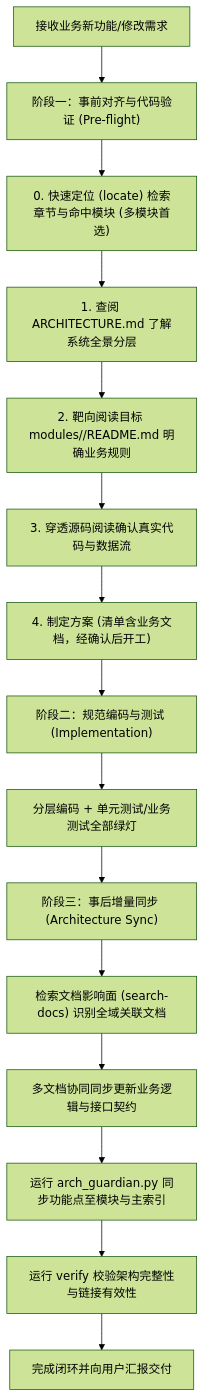
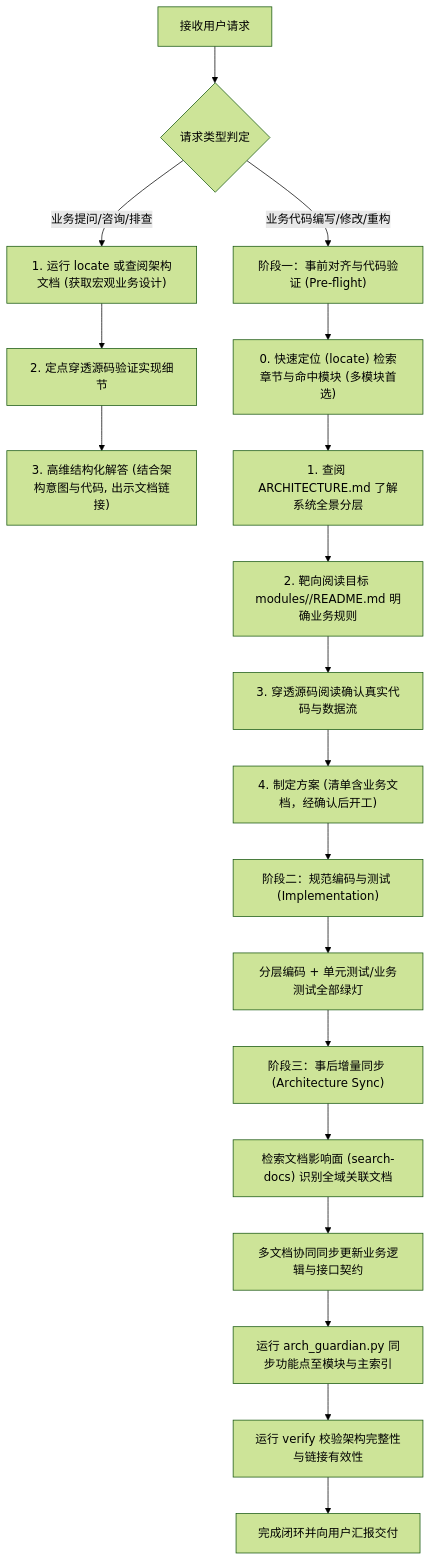
The diagram in skills/architecture-guardian/SKILL.md (weilimao/systemArchitectureSkill), drawn with Mermaid (forest theme) before and after one commit. The commit also changed other lines of this file and 3 other files, not shown here.

````diff
--- a/skills/architecture-guardian/SKILL.md
+++ b/skills/architecture-guardian/SKILL.md
@@ -31,17 +38,23 @@
 ```mermaid
 flowchart TD
-    Req["接收业务新功能/修改需求"] --> Phase1["阶段一：事前对齐与代码验证 (Pre-flight)"]
+    Req["接收用户请求"] --> Decision{"请求类型判定"}
+    
+    Decision -->|"业务提问/咨询/排查"| Inq1["1. 运行 locate 或查阅架构文档 (获取宏观业务设计)"]
+    Inq1 --> Inq2["2. 定点穿透源码验证实现细节"]
+    Inq2 --> Inq3["3. 高维结构化解答 (结合架构意图与代码, 出示文档链接)"]
+    
+    Decision -->|"业务代码编写/修改/重构"| Phase1["阶段一：事前对齐与代码验证 (Pre-flight)"]
     Phase1 --> Locate["0. 快速定位 (locate) 检索章节与命中模块 (多模块首选)"]
     Locate --> Step1["1. 查阅 ARCHITECTURE.md 了解系统全景分层"]
     Step1 --> Step2["2. 靶向阅读目标 modules/<module>/README.md 明确业务规则"]
     Step2 --> Step3["3. 穿透源码阅读确认真实代码与数据流"]
     Step3 --> Step4["4. 制定方案 (清单含业务文档，经确认后开工)"]
     Step4 --> Phase2["阶段二：规范编码与测试 (Implementation)"]
     Phase2 --> Coding["分层编码 + 单元测试/业务测试全部绿灯"]
     Coding --> Phase3["阶段三：事后增量同步 (Architecture Sync)"]
     Phase3 --> SearchDoc["检索文档影响面 (search-docs) 识别全域关联文档"]
     SearchDoc --> MultiSync["多文档协同同步更新业务逻辑与接口契约"]
     MultiSync --> SyncDoc["运行 arch_guardian.py 同步功能点至模块与主索引"]
     SyncDoc --> VerifyDoc["运行 verify 校验架构完整性与链接有效性"]
     VerifyDoc --> Done["完成闭环并向用户汇报交付"]
 ```
````
